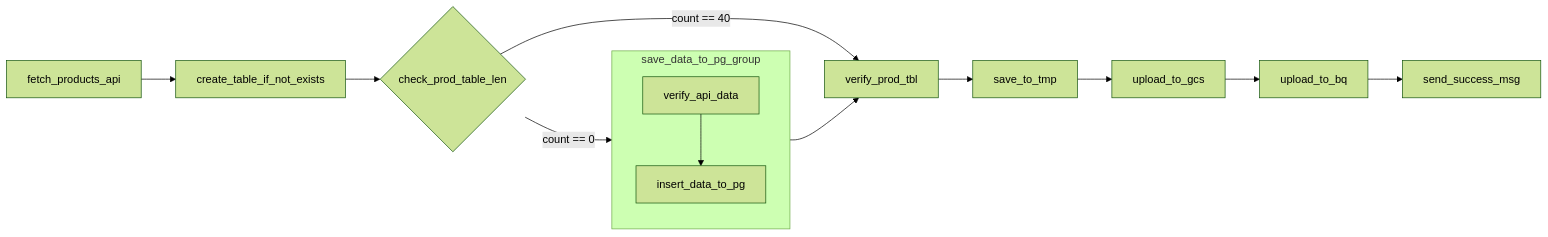
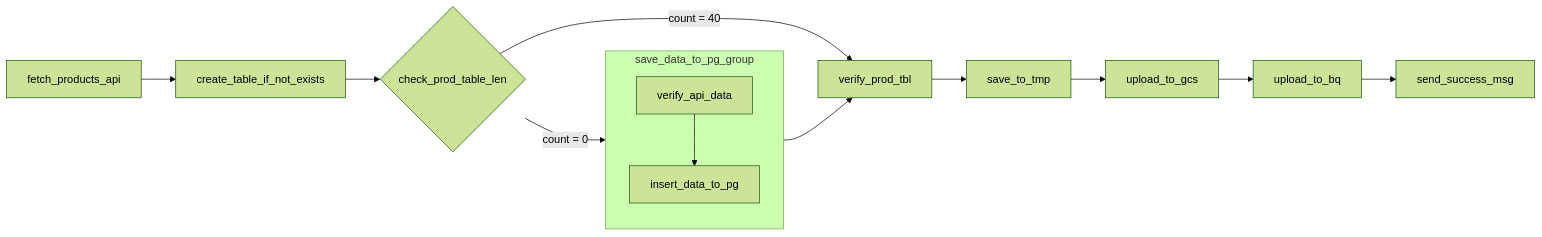
One commit to candychen00/faker-ecom-project__airflow_dbt changed the second of 5 diagrams in airflow/README.md. Above: the diagram before and after it, drawn with Mermaid (forest theme). The commit also changed other lines of this file, not shown here.

````diff
--- a/airflow/README.md
+++ b/airflow/README.md
@@ -102,15 +103,15 @@
 ```mermaid
 flowchart LR
     A[fetch_products_api] --> B[create_table_if_not_exists]
     B --> C{check_prod_table_len}
-    C -- "count == 0" --> G
+    C -- "count = 0" --> G
     subgraph G[save_data_to_pg_group]
         G1[verify_api_data] --> G2[insert_data_to_pg]
     end
-    C -- "count == 40" --> D
+    C -- "count = 40" --> D
     G --> D[verify_prod_tbl]
     D --> E[save_to_tmp]
     E --> F[upload_to_gcs]
     F --> H[upload_to_bq]
     H --> I[send_success_msg]
 ```
````
